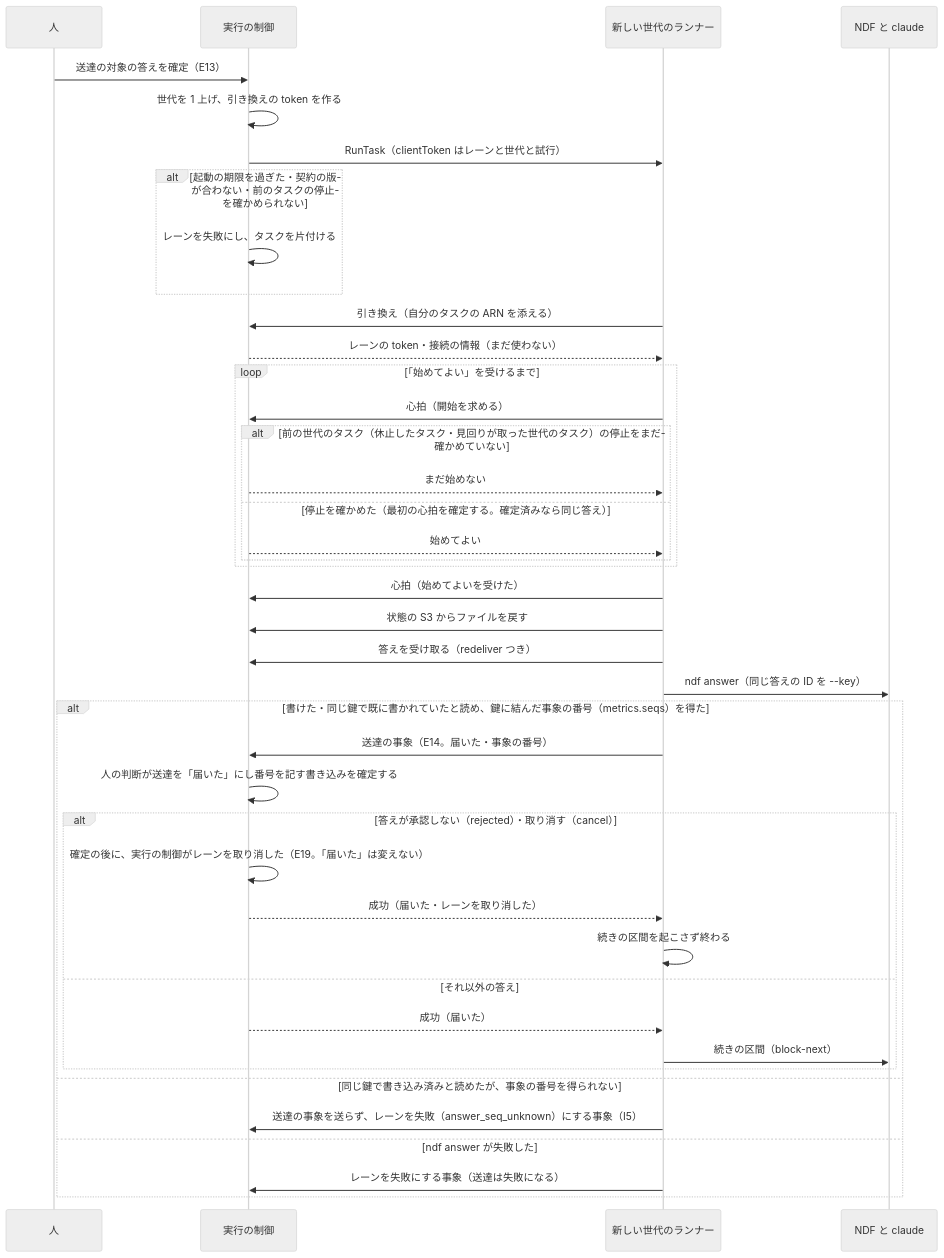
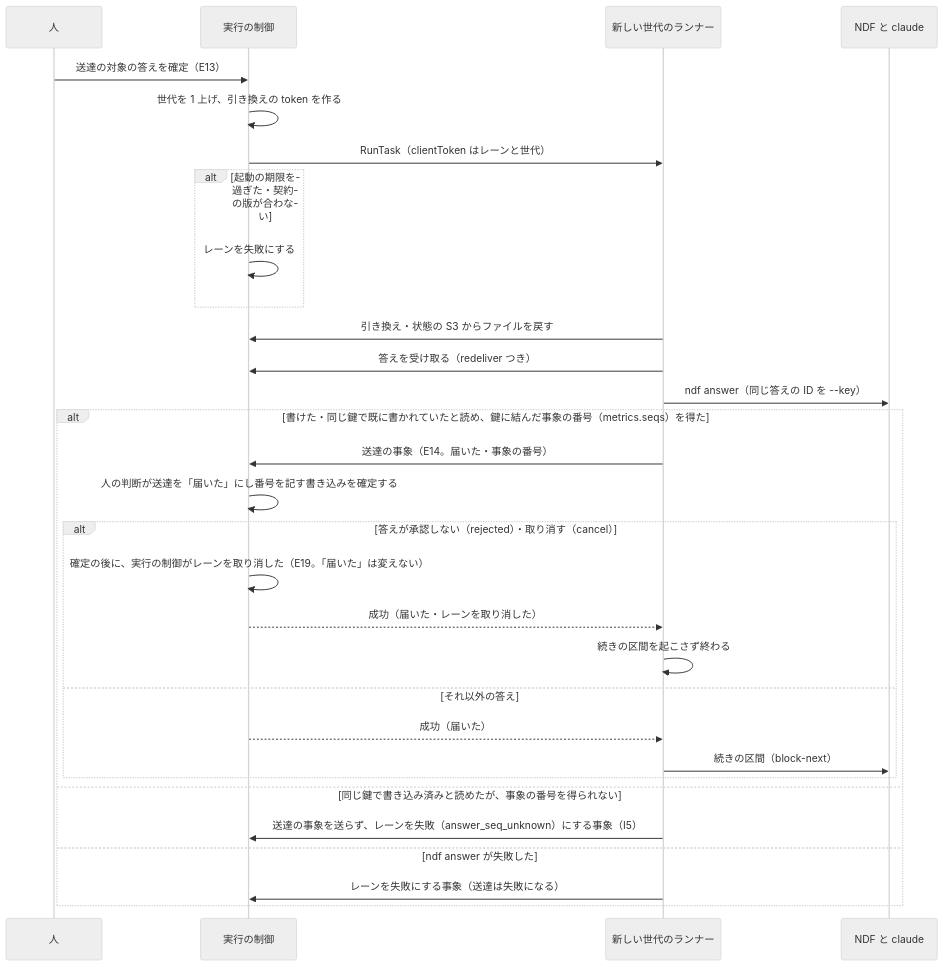
Before and after one commit to devbasex/nd-factory: the fifth of 10 diagrams in docs/design/execution.md, drawn with Mermaid (neutral theme). The commit also changed other lines of this file and 3 other files, not shown here.

````diff
--- a/docs/design/execution.md
+++ b/docs/design/execution.md
@@ -198,43 +198,32 @@
 ```mermaid
 sequenceDiagram
     participant H as 人
     participant API as 実行の制御
     participant R as 新しい世代のランナー
     participant N as NDF と claude
     H->>API: 送達の対象の答えを確定（E13）
     API->>API: 世代を 1 上げ、引き換えの token を作る
-    API->>R: RunTask（clientToken はレーンと世代と試行）
-    alt 起動の期限を過ぎた・契約の版が合わない・前のタスクの停止を確かめられない
-        API->>API: レーンを失敗にし、タスクを片付ける
+    API->>R: RunTask（clientToken はレーンと世代）
+    alt 起動の期限を過ぎた・契約の版が合わない
+        API->>API: レーンを失敗にする
     end
-    R->>API: 引き換え（自分のタスクの ARN を添える）
-    API-->>R: レーンの token・接続の情報（まだ使わない）
-    loop 「始めてよい」を受けるまで
-        R->>API: 心拍（開始を求める）
-        alt 前の世代のタスク（休止したタスク・見回りが取った世代のタスク）の停止をまだ確かめていない
-            API-->>R: まだ始めない
-        else 停止を確かめた（最初の心拍を確定する。確定済みなら同じ答え）
-            API-->>R: 始めてよい
-        end
-    end
-    R->>API: 心拍（始めてよいを受けた）
-    R->>API: 状態の S3 からファイルを戻す
+    R->>API: 引き換え・状態の S3 からファイルを戻す
     R->>API: 答えを受け取る（redeliver つき）
     R->>N: ndf answer（同じ答えの ID を --key）
     alt 書けた・同じ鍵で既に書かれていたと読め、鍵に結んだ事象の番号（metrics.seqs）を得た
         R->>API: 送達の事象（E14。届いた・事象の番号）
         API->>API: 人の判断が送達を「届いた」にし番号を記す書き込みを確定する
         alt 答えが承認しない（rejected）・取り消す（cancel）
             API->>API: 確定の後に、実行の制御がレーンを取り消した（E19。「届いた」は変えない）
             API-->>R: 成功（届いた・レーンを取り消した）
             R->>R: 続きの区間を起こさず終わる
         else それ以外の答え
             API-->>R: 成功（届いた）
             R->>N: 続きの区間（block-next）
         end
     else 同じ鍵で書き込み済みと読めたが、事象の番号を得られない
         R->>API: 送達の事象を送らず、レーンを失敗（answer_seq_unknown）にする事象（I5）
     else ndf answer が失敗した
         R->>API: レーンを失敗にする事象（送達は失敗になる）
     end
 ```
````
